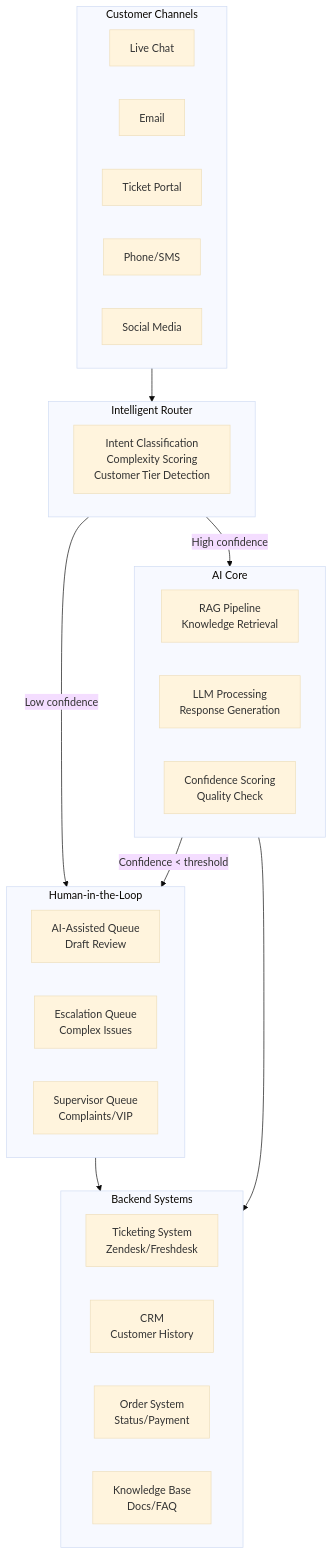
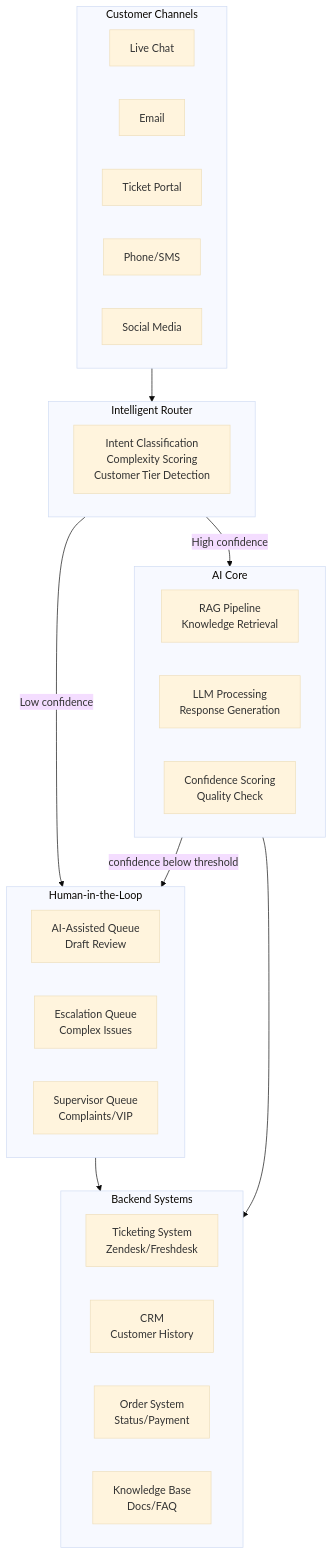
The first of 7 diagrams in docs/architecture.md (stars-labs/ai-driven-customer-service), drawn with Mermaid (base theme) before and after one commit. The commit also changed 5 other files, not shown here.

Commit message:
Fix mermaid crash: escape < in diagram labels (EN + ZH)

````diff
--- a/docs/architecture.md
+++ b/docs/architecture.md
@@ -12,40 +12,40 @@
 ```mermaid
 flowchart TB
     subgraph Channels["Customer Channels"]
         CH1[Live Chat]
         CH2[Email]
         CH3[Ticket Portal]
         CH4[Phone/SMS]
         CH5[Social Media]
     end
 
     subgraph Router["Intelligent Router"]
         R[Intent Classification<br/>Complexity Scoring<br/>Customer Tier Detection]
     end
 
     subgraph AI_Core["AI Core"]
         A1[RAG Pipeline<br/>Knowledge Retrieval]
         A2[LLM Processing<br/>Response Generation]
         A3[Confidence Scoring<br/>Quality Check]
     end
 
     subgraph Human_Loop["Human-in-the-Loop"]
         H1[AI-Assisted Queue<br/>Draft Review]
         H2[Escalation Queue<br/>Complex Issues]
         H3[Supervisor Queue<br/>Complaints/VIP]
     end
 
     subgraph Backend["Backend Systems"]
         B1[Ticketing System<br/>Zendesk/Freshdesk]
         B2[CRM<br/>Customer History]
         B3[Order System<br/>Status/Payment]
         B4[Knowledge Base<br/>Docs/FAQ]
     end
 
     Channels --> Router
     Router -->|High confidence| AI_Core
     Router -->|Low confidence| Human_Loop
-    AI_Core -->|Confidence < threshold| Human_Loop
+    AI_Core -->|confidence below threshold| Human_Loop
     Human_Loop --> Backend
     AI_Core --> Backend
 ```
````
